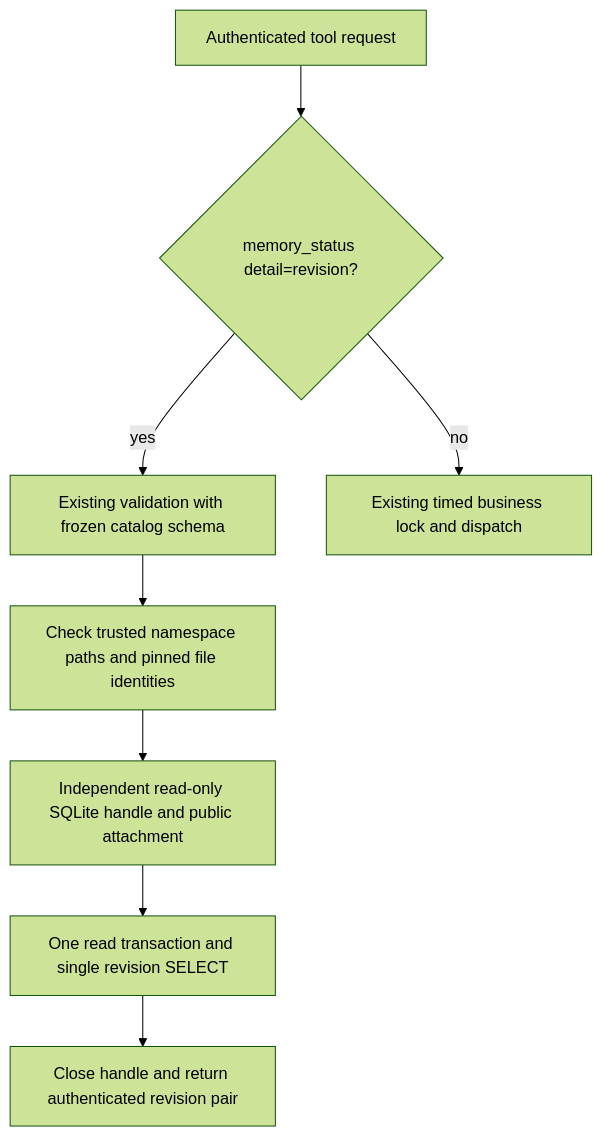
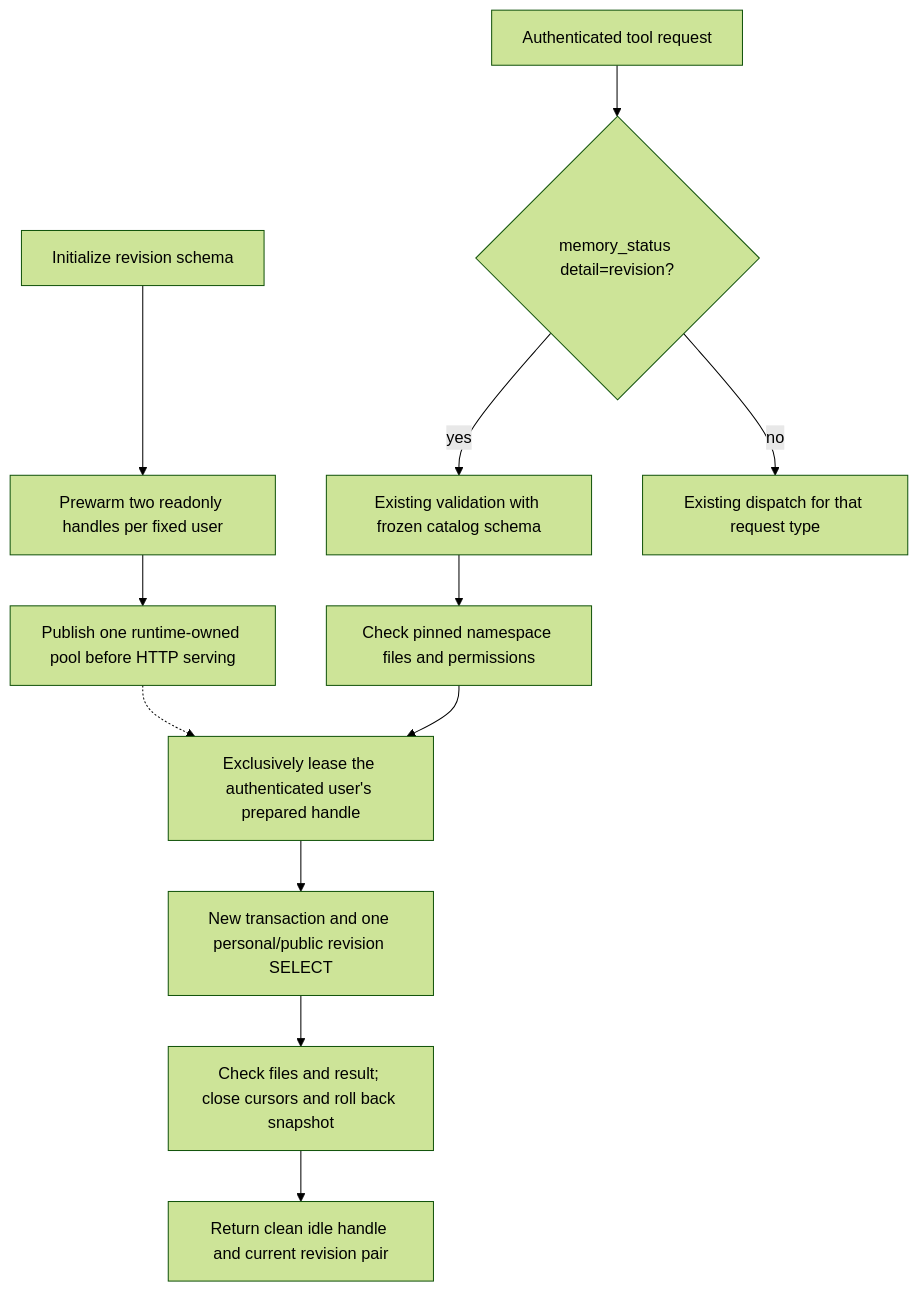
One commit to 1942293420/Evolvmem_MCP changed the diagram in docs/lan-revision-read.md. Above: the diagram before and after it, drawn with Mermaid (forest theme). The commit also changed other lines of this file and 9 other files, not shown here.

Commit message:
Reuse bounded readonly revision connections without stale snapshots

````diff
--- a/docs/lan-revision-read.md
+++ b/docs/lan-revision-read.md
@@ -8,10 +8,14 @@
 ```mermaid
 flowchart TD
+    I[Initialize revision schema] --> W[Prewarm two readonly handles per fixed user]
+    W --> B[Publish one runtime-owned pool before HTTP serving]
     R[Authenticated tool request] --> C{memory_status detail=revision?}
     C -->|yes| V[Existing validation with frozen catalog schema]
-    V --> P[Check trusted namespace paths and pinned file identities]
-    P --> S[Independent read-only SQLite handle and public attachment]
-    S --> Q[One read transaction and single revision SELECT]
-    Q --> X[Close handle and return authenticated revision pair]
-    C -->|no| L[Existing timed business lock and dispatch]
+    V --> P[Check pinned namespace files and permissions]
+    P --> S[Exclusively lease the authenticated user's prepared handle]
+    S --> Q[New transaction and one personal/public revision SELECT]
+    Q --> F[Check files and result; close cursors and roll back snapshot]
+    F --> X[Return clean idle handle and current revision pair]
+    C -->|no| L[Existing dispatch for that request type]
+    B -.-> S
 ```
````
